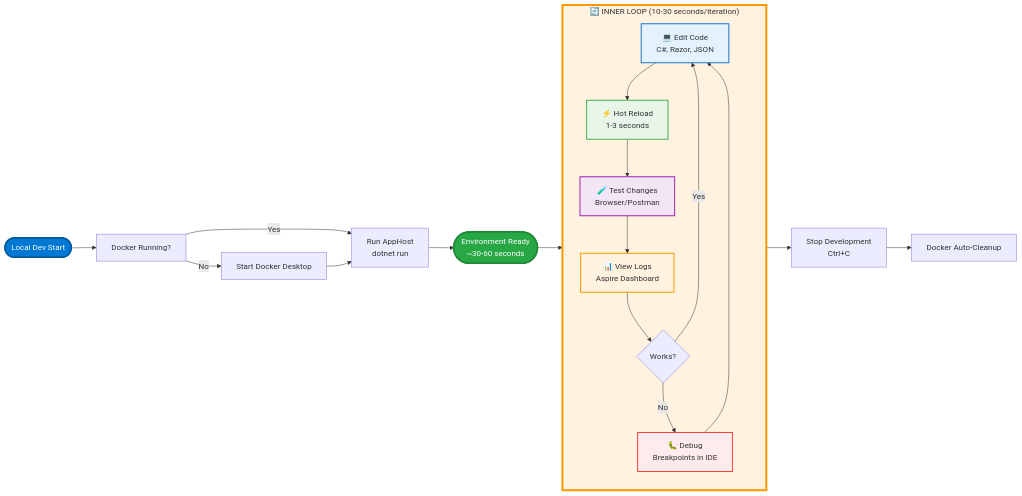
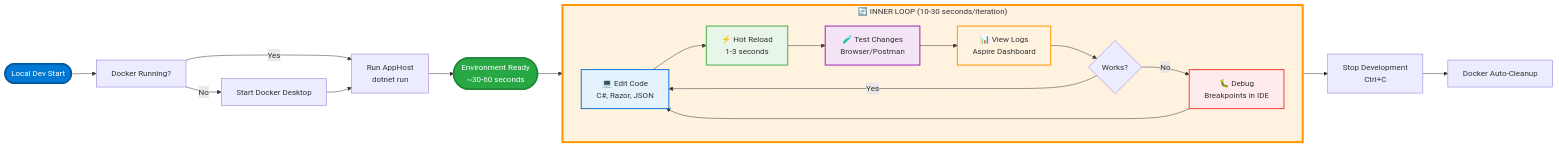
One commit to Evilazaro/Azure-LogicApps-Monitoring changed the first of 3 diagrams in hooks/README.md. Above: the diagram before and after it, drawn with Mermaid. The commit also changed other lines of this file and 3 other files, not shown here.

````diff
--- a/hooks/README.md
+++ b/hooks/README.md
@@ -100,34 +126,34 @@
 ```mermaid
 flowchart LR
     Start([Local Dev Start]) --> Docker[Docker Running?]
     Docker -->|No| StartDocker[Start Docker Desktop]
     Docker -->|Yes| Run
     StartDocker --> Run[Run AppHost<br/>dotnet run]
     
     Run --> Ready([Environment Ready<br/>~30-60 seconds])
     
     Ready --> DevLoop
 
     subgraph DevLoop["🔄 INNER LOOP (10-30 seconds/iteration)"]
-        direction TB
+        direction LR
         Code[💻 Edit Code<br/>C#, Razor, JSON] --> HotReload[⚡ Hot Reload<br/>1-3 seconds]
         HotReload --> Test[🧪 Test Changes<br/>Browser/Postman]
         Test --> Logs[📊 View Logs<br/>Aspire Dashboard]
         Logs --> Review{Works?}
         Review -->|Yes| Code
         Review -->|No| Debug[🐛 Debug<br/>Breakpoints in IDE]
         Debug --> Code
     end
 
     DevLoop --> Stop[Stop Development<br/>Ctrl+C]
     Stop --> Cleanup[Docker Auto-Cleanup]
 
     style Start fill:#0078d4,stroke:#005a9e,stroke-width:3px,color:#fff
     style Ready fill:#28a745,stroke:#218838,stroke-width:3px,color:#fff
     style DevLoop fill:#fff3e0,stroke:#ff9800,stroke-width:4px
     style Code fill:#e3f2fd,stroke:#1976d2,stroke-width:2px
     style HotReload fill:#e8f5e9,stroke:#4caf50,stroke-width:2px
     style Test fill:#f3e5f5,stroke:#9c27b0,stroke-width:2px
     style Logs fill:#fff3e0,stroke:#ff9800,stroke-width:2px
     style Debug fill:#ffebee,stroke:#f44336,stroke-width:2px
 ```
````
